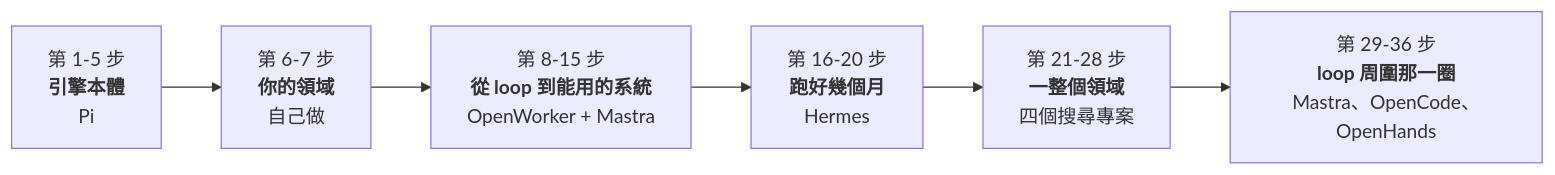
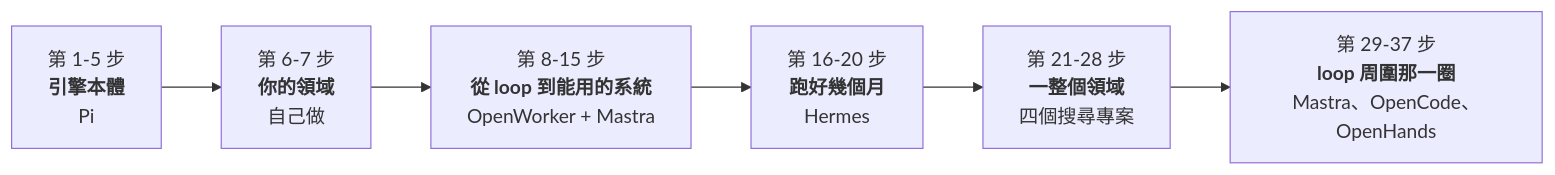
Before and after one commit to whereissam/learn-agent-engineering-from-production: the second of 2 diagrams in README.zh-TW.md, drawn with Mermaid. The commit also changed other lines of this file and 12 other files, not shown here.

````diff
--- a/README.zh-TW.md
+++ b/README.zh-TW.md
@@ -80,8 +80,8 @@
 ```mermaid
 flowchart LR
     P1["第 1-5 步<br/><b>引擎本體</b><br/>Pi"] --> P2["第 6-7 步<br/><b>你的領域</b><br/>自己做"]
     P2 --> P3["第 8-15 步<br/><b>從 loop 到能用的系統</b><br/>OpenWorker + Mastra"]
     P3 --> P4["第 16-20 步<br/><b>跑好幾個月</b><br/>Hermes"]
     P4 --> P5["第 21-28 步<br/><b>一整個領域</b><br/>四個搜尋專案"]
-    P5 --> P6["第 29-36 步<br/><b>loop 周圍那一圈</b><br/>Mastra、OpenCode、OpenHands"]
+    P5 --> P6["第 29-37 步<br/><b>loop 周圍那一圈</b><br/>Mastra、OpenCode、OpenHands"]
 ```
````
